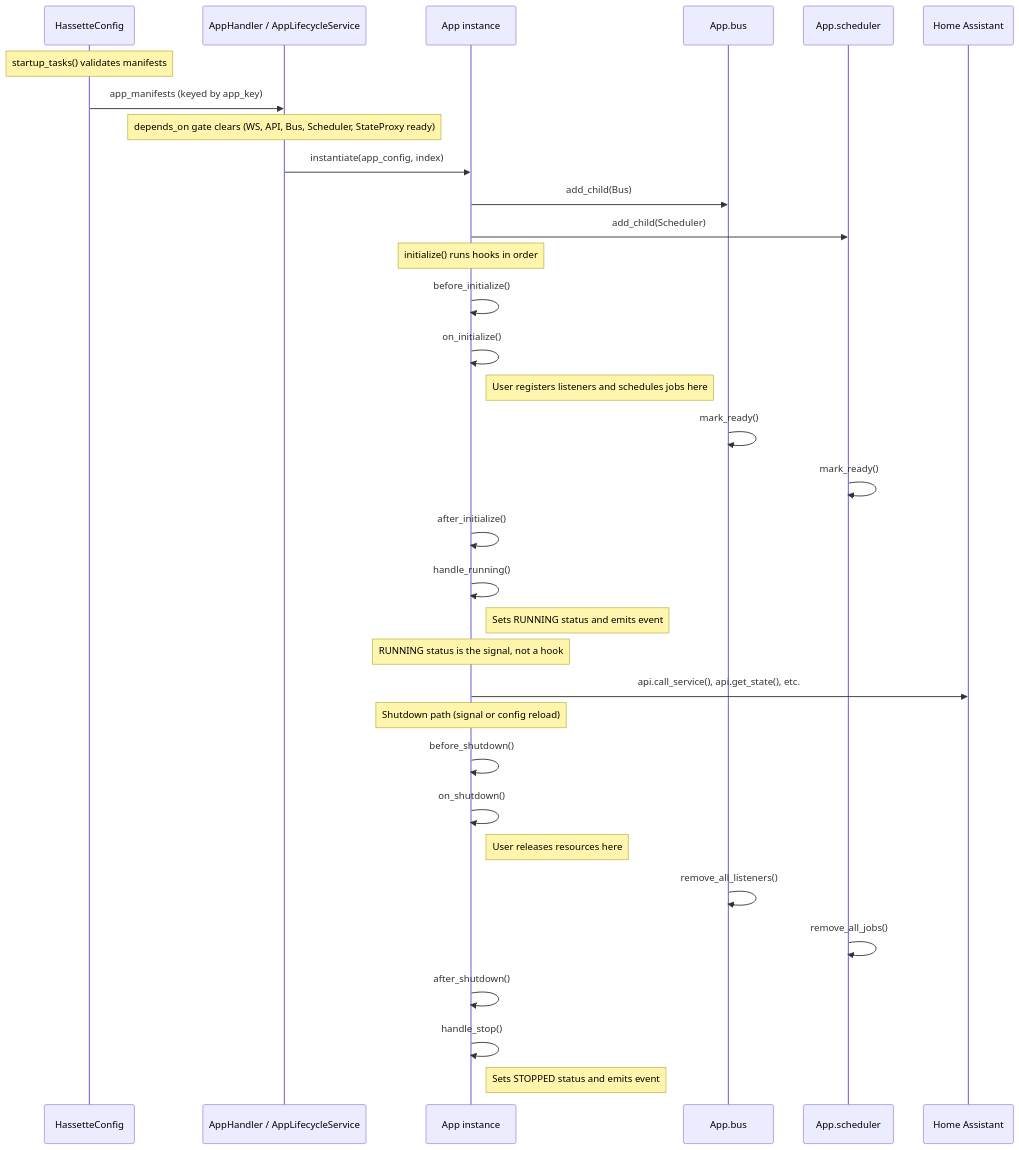
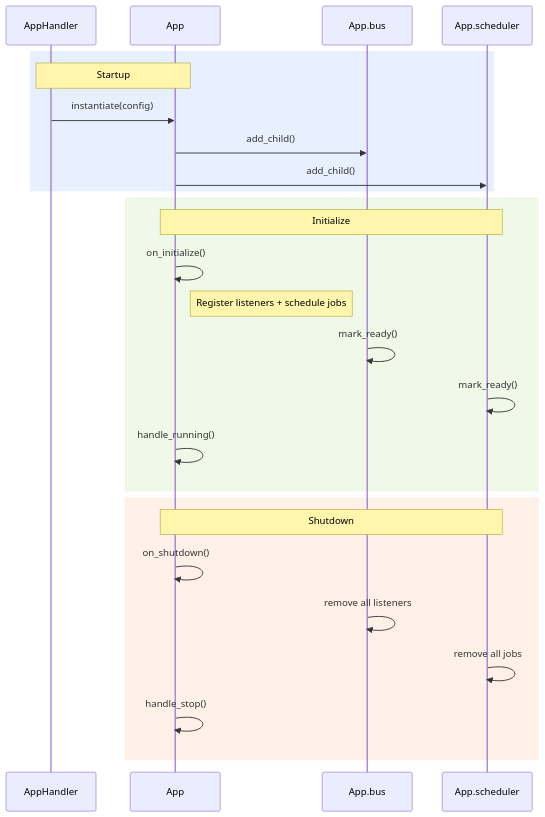
Before and after one commit to NodeJSmith/hassette: the fourth of 10 diagrams in docs/pages/core-concepts/internals.md, drawn with Mermaid. The commit also changed other lines of this file, not shown here.

First line of the commit message:
docs: rework all architecture diagrams for readability

````diff
--- a/docs/pages/core-concepts/internals.md
+++ b/docs/pages/core-concepts/internals.md
@@ -145,43 +180,34 @@
 ```mermaid
 sequenceDiagram
-    accTitle: App Lifecycle Sequence
-    accDescr: The sequence of phases from app manifest loading through shutdown
+    accTitle: App Lifecycle
+    accDescr: From manifest loading through initialization to shutdown
 
-    participant Config as HassetteConfig
-    participant Handler as AppHandler / AppLifecycleService
-    participant App as App instance
+    participant Handler as AppHandler
+    participant App
     participant Bus as App.bus
     participant Sched as App.scheduler
-    participant HA as Home Assistant
 
-    Note over Config: startup_tasks() validates manifests
-    Config->>Handler: app_manifests (keyed by app_key)
+    rect rgb(232, 240, 255)
+        Note over Handler,App: Startup
+        Handler->>App: instantiate(config)
+        App->>Bus: add_child()
+        App->>Sched: add_child()
+    end
 
-    Note over Handler: depends_on gate clears (WS, API, Bus, Scheduler, StateProxy ready)
-    Handler->>App: instantiate(app_config, index)
-    App->>Bus: add_child(Bus)
-    App->>Sched: add_child(Scheduler)
+    rect rgb(240, 248, 232)
+        Note over App,Sched: Initialize
+        App->>App: on_initialize()
+        Note right of App: Register listeners + schedule jobs
+        Bus->>Bus: mark_ready()
+        Sched->>Sched: mark_ready()
+        App->>App: handle_running()
+    end
 
-    Note over App: initialize() runs hooks in order
-    App->>App: before_initialize()
-    App->>App: on_initialize()
-    Note right of App: User registers listeners and schedules jobs here
-    Bus->>Bus: mark_ready()
-    Sched->>Sched: mark_ready()
-    App->>App: after_initialize()
-    App->>App: handle_running()
-    Note right of App: Sets RUNNING status and emits event
-
-    Note over App: RUNNING status is the signal, not a hook
-    App->>HA: api.call_service(), api.get_state(), etc.
-
-    Note over App: Shutdown path (signal or config reload)
-    App->>App: before_shutdown()
-    App->>App: on_shutdown()
-    Note right of App: User releases resources here
-    Bus->>Bus: remove_all_listeners()
-    Sched->>Sched: remove_all_jobs()
-    App->>App: after_shutdown()
-    App->>App: handle_stop()
-    Note right of App: Sets STOPPED status and emits event
+    rect rgb(255, 240, 232)
+        Note over App,Sched: Shutdown
+        App->>App: on_shutdown()
+        Bus->>Bus: remove all listeners
+        Sched->>Sched: remove all jobs
+        App->>App: handle_stop()
+    end
 ```
````
